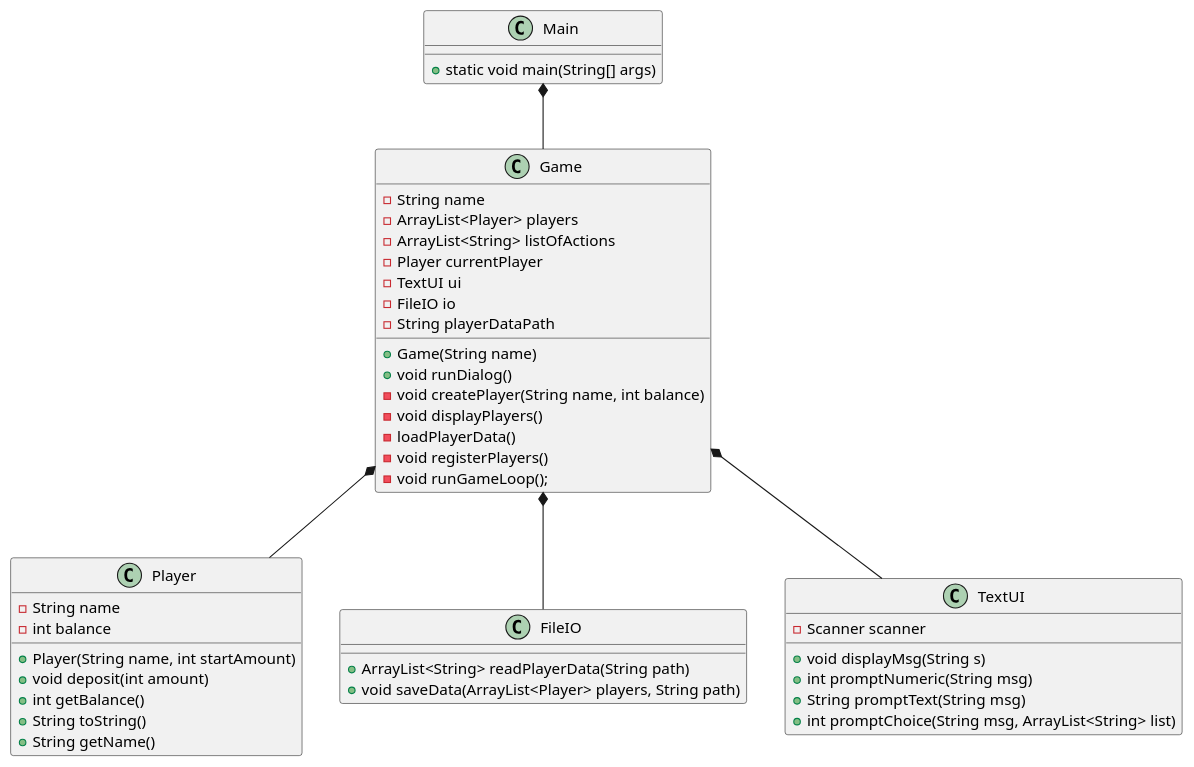
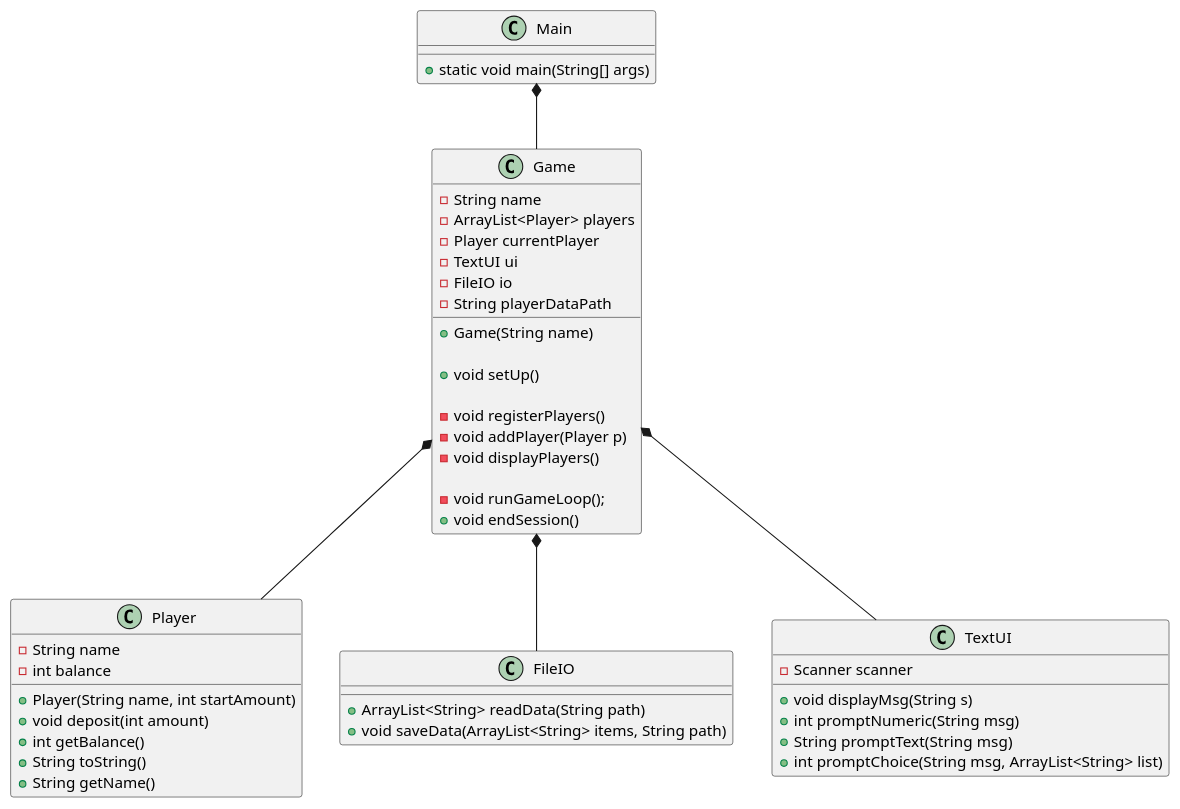
Before and after one commit to Dat1Cphbusiness/MonopolyE24: the diagram in doc/Plan/static/classdiagram_v0.puml, drawn with PlantUML. The commit also changed 11 other files, not shown here.

```diff
--- a/doc/Plan/static/classdiagram_v0.puml
+++ b/doc/Plan/static/classdiagram_v0.puml
@@ -1,56 +1,57 @@
 @startuml
 class Main{
 + static void main(String[] args)
 }
 
 class Game{
  - String name
  - ArrayList<Player> players
- - ArrayList<String> listOfActions
  - Player currentPlayer
  - TextUI ui
  - FileIO io
  - String playerDataPath
  + Game(String name)
- + void runDialog()
- - void createPlayer(String name, int balance)
- - void displayPlayers()
-  ' new: we will load the data as strings and create player objects from the data in each element
- - loadPlayerData()
- ' new: in a turnbased game we would want to create as many players as the game allows
- - void registerPlayers()
+
+ ' new: the creation of player objects (based on either data or userinput), will happen from the Game class instead of main)
+ + void setUp()
+
+  - void registerPlayers()
+  - void addPlayer(Player p)
+  - void displayPlayers()
+
  'new: we need a loop to manage each players' turn during the life cycle of the game
  - void runGameLoop();
+ + void endSession()
 
 }
 
 class Player{
 - String name
 - int balance
 + Player(String name, int startAmount)
 + void deposit(int amount)
 + int getBalance()
 + String toString()
 + String getName()
 
 }
 class FileIO{
-+ ArrayList<String> readPlayerData(String path)
-+ void saveData(ArrayList<Player> players, String path)
++ ArrayList<String> readData(String path)
++ void saveData(ArrayList<String> items, String path)
 }
 
 class TextUI{
 - Scanner scanner
 + void displayMsg(String s)
 + int promptNumeric(String msg)
 + String promptText(String msg)
 + int promptChoice(String msg, ArrayList<String> list)
 
 }
 
 Game *-- TextUI
 Main *-- Game
 Game *-- Player
 Game *-- FileIO
 
 @enduml
```
